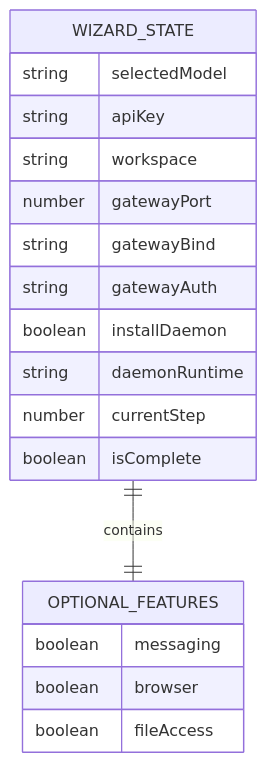
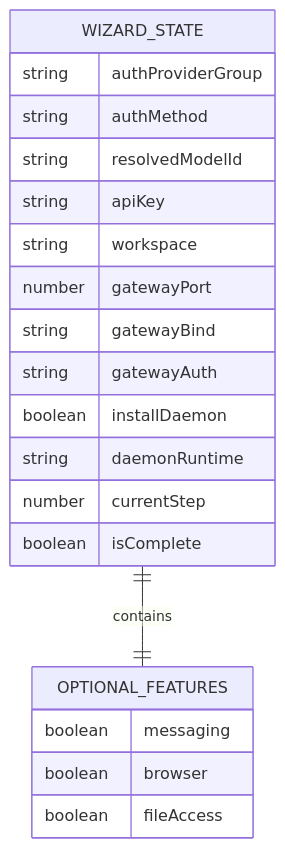
Before and after one commit to verse-ai-org/openclaw: the fifth of 9 diagrams in .qoder/repowiki/zh/content/设置向导状态管理.md, drawn with Mermaid. The commit also changed other lines of this file and 34 other files, not shown here.

````diff
--- a/.qoder/repowiki/zh/content/设置向导状态管理.md
+++ b/.qoder/repowiki/zh/content/设置向导状态管理.md
@@ -213,21 +221,23 @@
 ```mermaid
 erDiagram
 WIZARD_STATE {
-string selectedModel
+string authProviderGroup
+string authMethod
+string resolvedModelId
 string apiKey
 string workspace
 number gatewayPort
 string gatewayBind
 string gatewayAuth
 boolean installDaemon
 string daemonRuntime
 number currentStep
 boolean isComplete
 }
 OPTIONAL_FEATURES {
 boolean messaging
 boolean browser
 boolean fileAccess
 }
 WIZARD_STATE ||--|| OPTIONAL_FEATURES : contains
 ```
````
